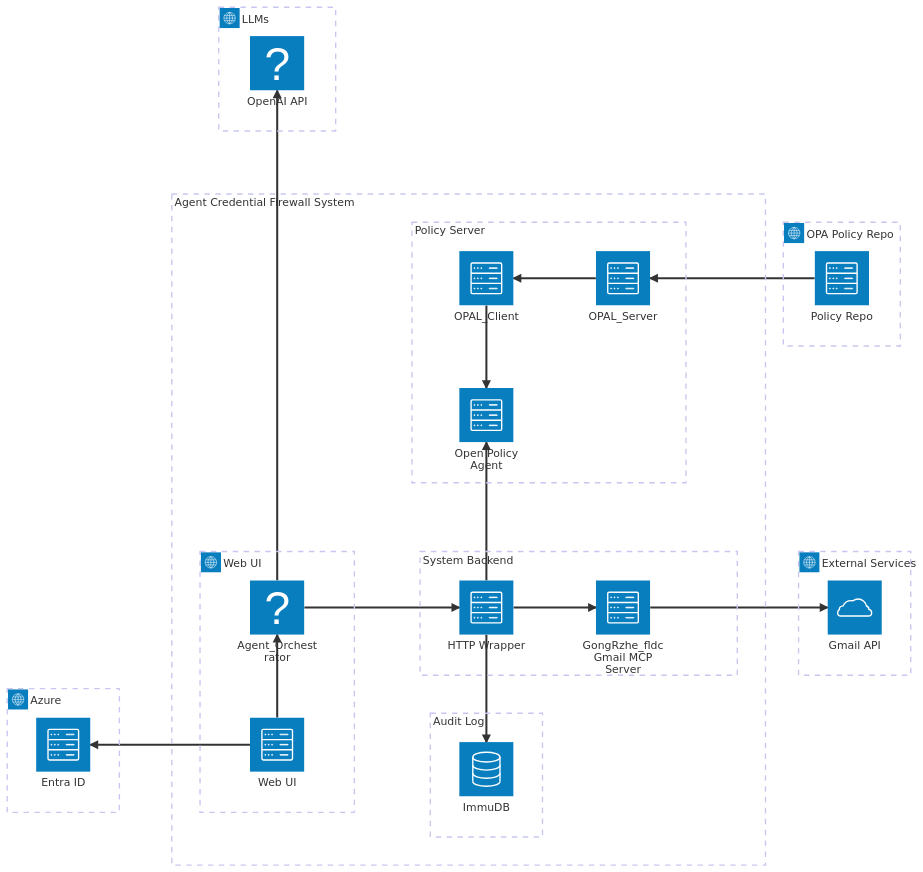
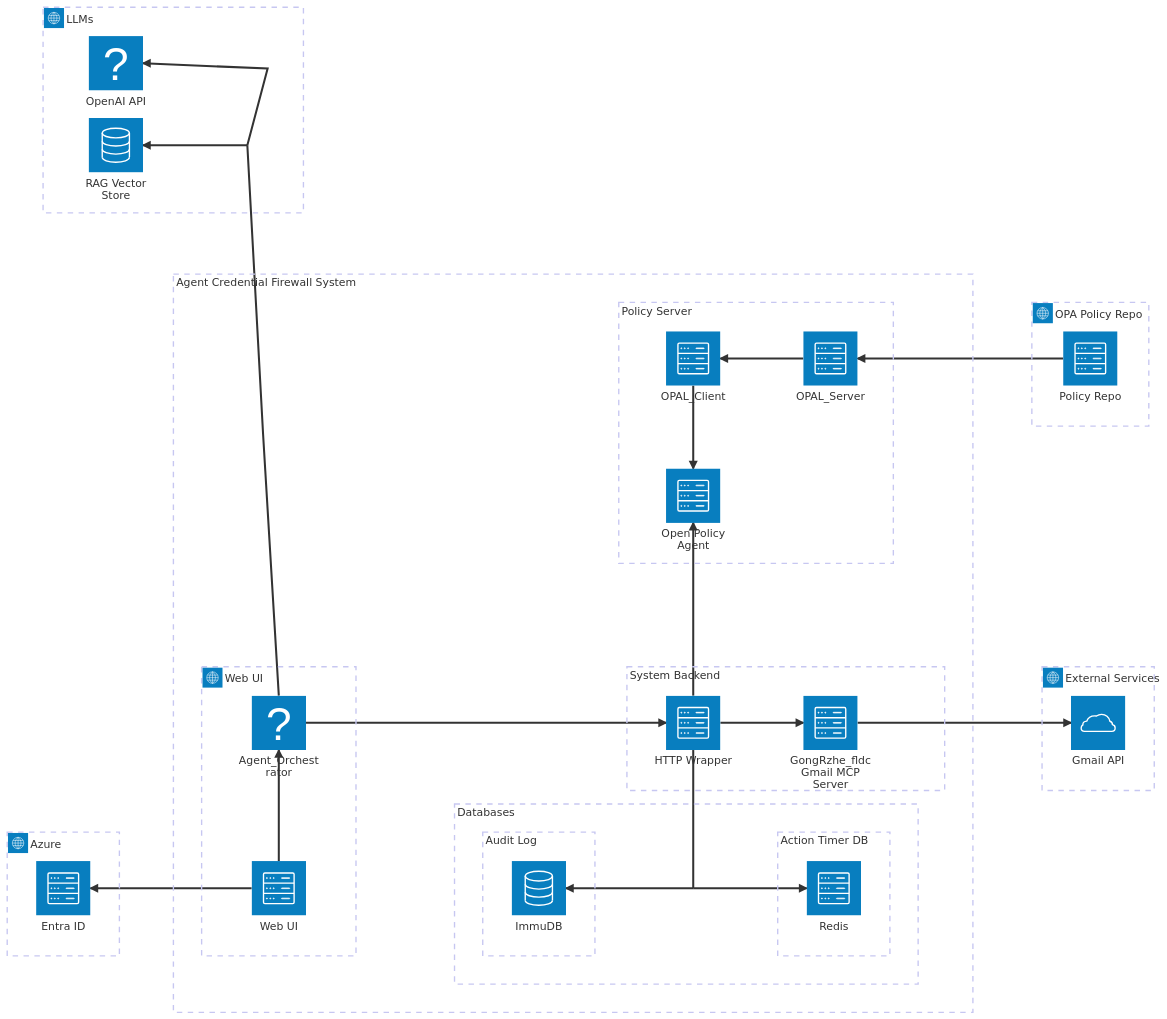
The diagram in Diagrams/architecture.mmd (Blizzard-Of-Oz/cyber295-team3), drawn with Mermaid before and after one commit. The commit also changed 7 other files, not shown here.

```diff
--- a/Diagrams/architecture.mmd
+++ b/Diagrams/architecture.mmd
@@ -1,41 +1,53 @@
 ---
 config:
   theme: mc
 ---
 architecture-beta
 
   group g_ACF[Agent Credential Firewall System]
+  group g_db[Databases] in g_ACF
   group g_ui(internet) [Web UI] in g_ACF
   group g_entraid(internet) [Azure]
   group g_llms(internet)[LLMs]
   group g_mcp[System Backend] in g_ACF
-  group g_db[Audit Log] in g_ACF
+  group g_audilogdb[Audit Log] in g_db
   group g_opa[Policy Server] in g_ACF
   group g_ext(internet)[External Services]
   group g_opa_policy(internet)[OPA Policy Repo]
+  group g_redis[Action Timer DB] in g_db
+ 
 
   service web(server)[Web UI] in g_ui
   service entraid(server)[Entra ID] in g_entraid
   service agent(brain)[Agent_Orchestrator] in g_ui
+  service rag(database)[RAG Vector Store] in g_llms
   service orchestration(brain)[OpenAI API] in g_llms
   service http_wrapper(server)[HTTP Wrapper] in g_mcp
   service mcp(server)[GongRzhe_fldc Gmail MCP Server] in g_mcp
   service extsvc(cloud)[Gmail API] in g_ext
-  service auditlog(database)[ImmuDB] in g_db
+  service auditlog(database)[ImmuDB] in g_audilogdb
   service opa(server)[Open Policy Agent] in g_opa
   service opal_server(server)[OPAL_Server] in g_opa
   service opal_client(server)[OPAL_Client] in g_opa
   service opa_policy_repo(server)[Policy Repo] in g_opa_policy
+  service redis(server)[Redis] in g_redis
 
+
+  junction j_db in g_db
+  junction j_llm in g_llms
 
   web:L --> R:entraid
   web:T --> B:agent
-  agent:T --> B:orchestration
+  agent:T -- B:j_llm
   agent:R --> L:http_wrapper
   http_wrapper:R --> L:mcp
-  http_wrapper:B --> T:auditlog
   http_wrapper:T --> B:opa
   mcp:R --> L:extsvc
   opa_policy_repo:L --> R:opal_server
   opal_client:B --> T:opa
   opal_server:L --> R:opal_client
+  http_wrapper:B -- T:j_db
+  j_db:L --> R:auditlog
+  j_db:R --> L:redis
+  j_llm:L --> R:rag
+  j_llm:T --> R:orchestration
```
